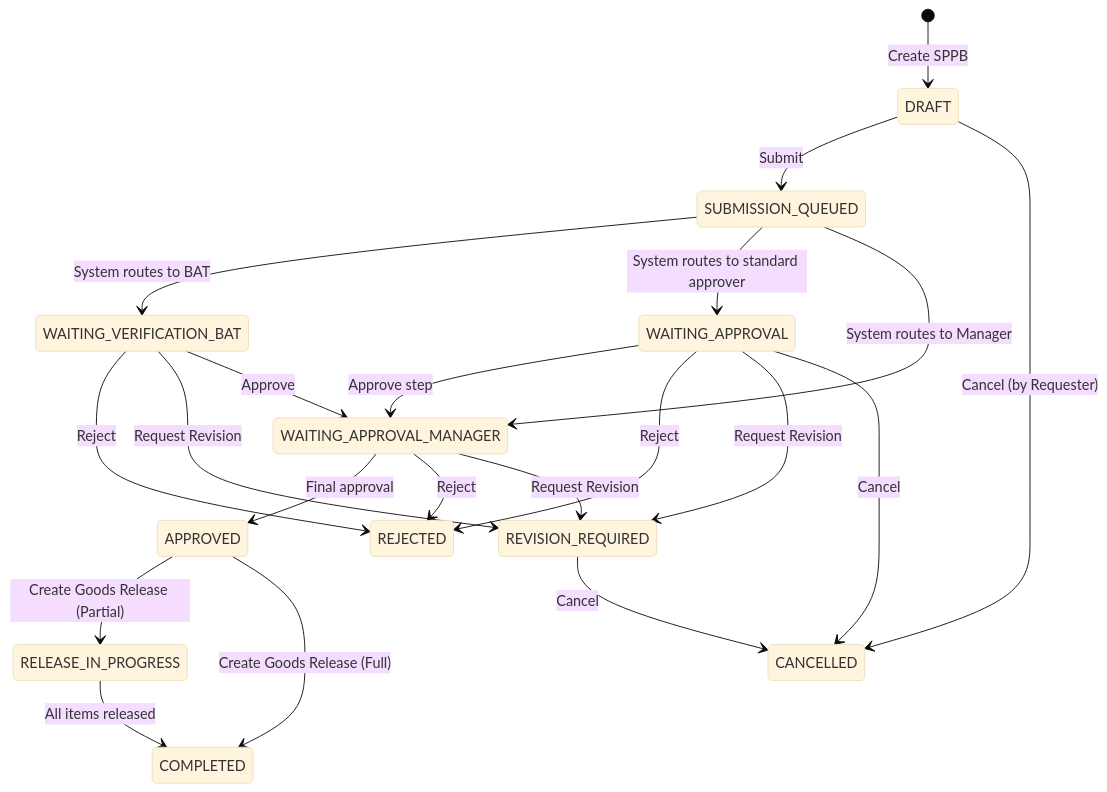
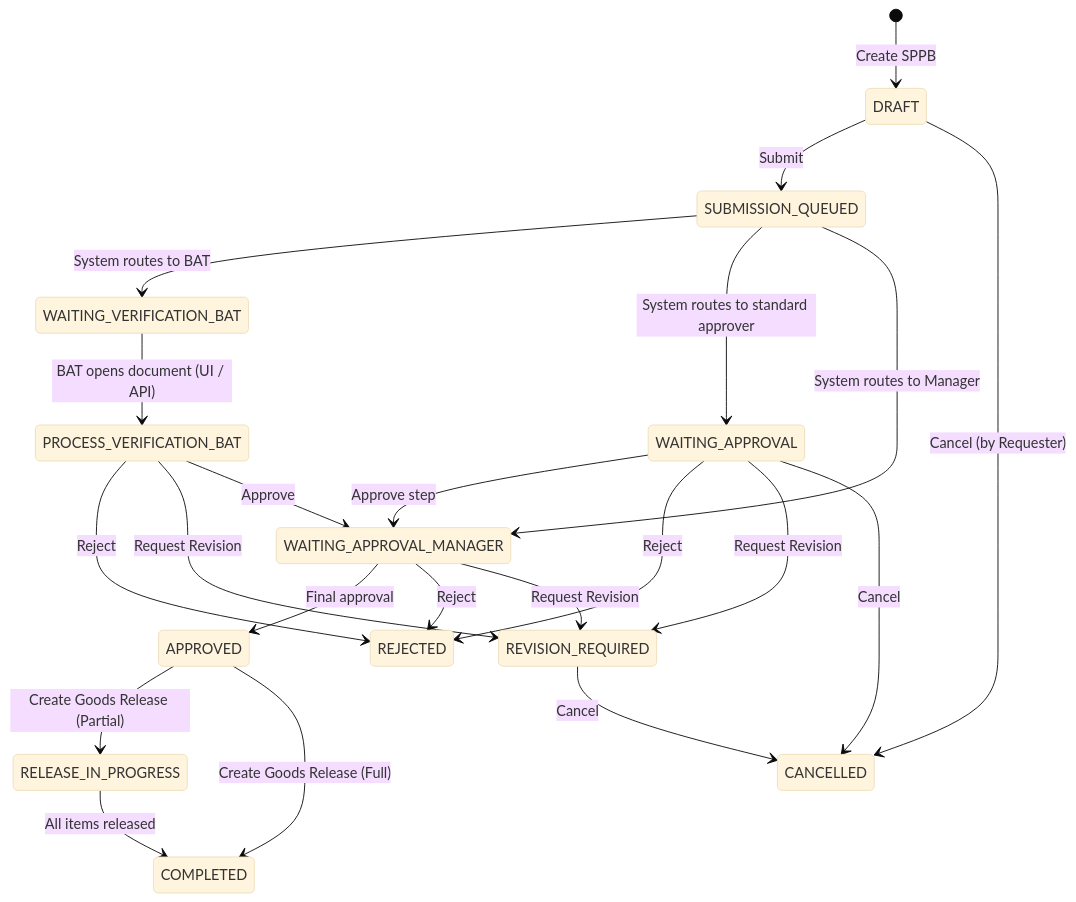
The diagram in docs/04_BUSINESS_RULE_ANALYSIS.md (bayusasongko2407/e-sppb), drawn with Mermaid (base theme) before and after one commit. The commit also changed 59 other files, not shown here.

````diff
--- a/docs/04_BUSINESS_RULE_ANALYSIS.md
+++ b/docs/04_BUSINESS_RULE_ANALYSIS.md
@@ -17,23 +17,24 @@
 ```mermaid
 stateDiagram-v2
     [*] --> DRAFT : Create SPPB
     DRAFT --> SUBMISSION_QUEUED : Submit
     SUBMISSION_QUEUED --> WAITING_VERIFICATION_BAT : System routes to BAT
     SUBMISSION_QUEUED --> WAITING_APPROVAL : System routes to standard approver
     SUBMISSION_QUEUED --> WAITING_APPROVAL_MANAGER : System routes to Manager
-    WAITING_VERIFICATION_BAT --> REJECTED : Reject
-    WAITING_VERIFICATION_BAT --> REVISION_REQUIRED : Request Revision
-    WAITING_VERIFICATION_BAT --> WAITING_APPROVAL_MANAGER : Approve
+    WAITING_VERIFICATION_BAT --> PROCESS_VERIFICATION_BAT : BAT opens document (UI / API)
+    PROCESS_VERIFICATION_BAT --> REJECTED : Reject
+    PROCESS_VERIFICATION_BAT --> REVISION_REQUIRED : Request Revision
+    PROCESS_VERIFICATION_BAT --> WAITING_APPROVAL_MANAGER : Approve
     WAITING_APPROVAL --> WAITING_APPROVAL_MANAGER : Approve step
     WAITING_APPROVAL --> REJECTED : Reject
     WAITING_APPROVAL --> REVISION_REQUIRED : Request Revision
     WAITING_APPROVAL_MANAGER --> APPROVED : Final approval
     WAITING_APPROVAL_MANAGER --> REJECTED : Reject
     WAITING_APPROVAL_MANAGER --> REVISION_REQUIRED : Request Revision
     APPROVED --> RELEASE_IN_PROGRESS : Create Goods Release (Partial)
     APPROVED --> COMPLETED : Create Goods Release (Full)
     RELEASE_IN_PROGRESS --> COMPLETED : All items released
     DRAFT --> CANCELLED : Cancel (by Requester)
     REVISION_REQUIRED --> CANCELLED : Cancel
     WAITING_APPROVAL --> CANCELLED : Cancel
 ```
````
